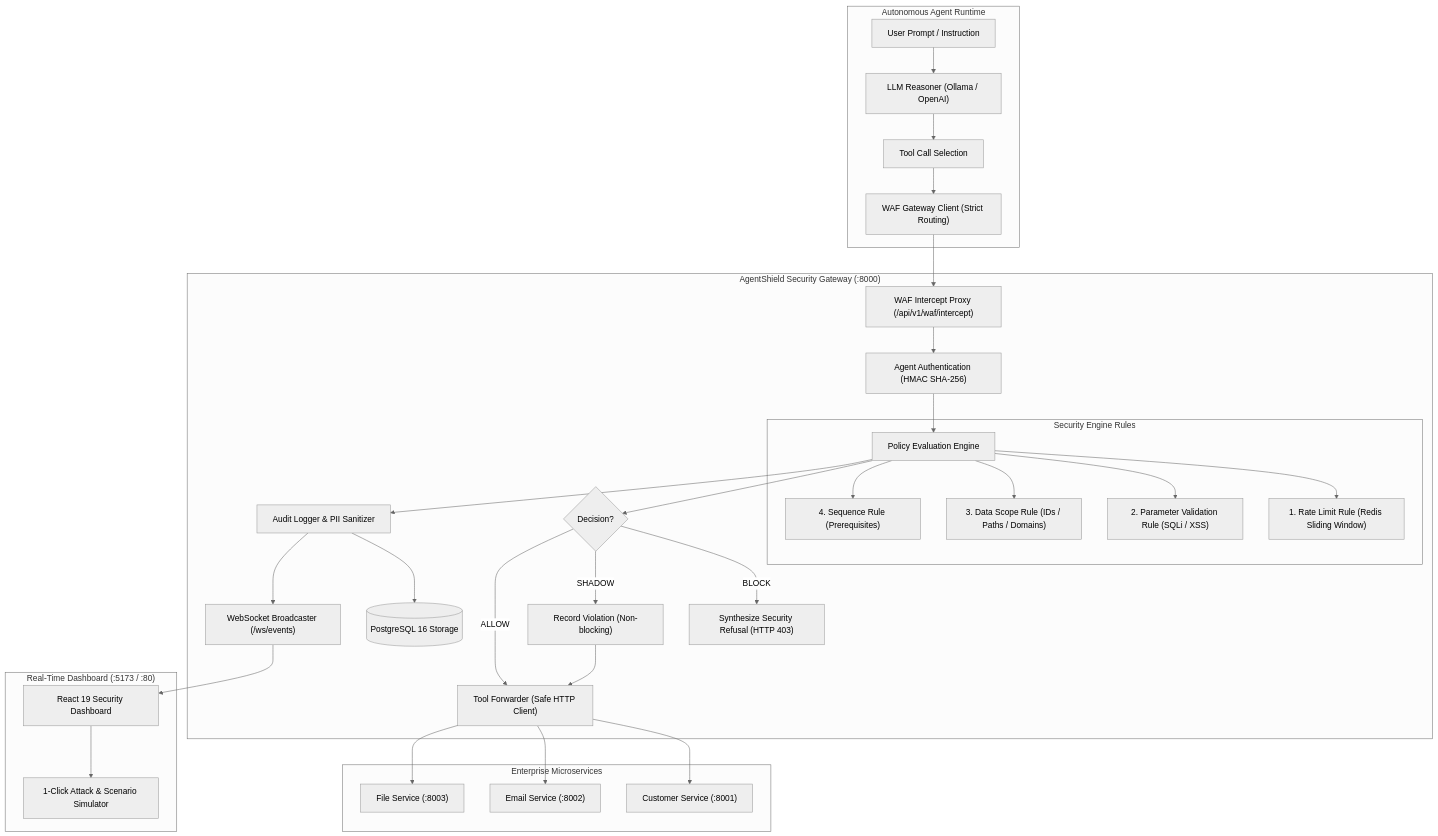
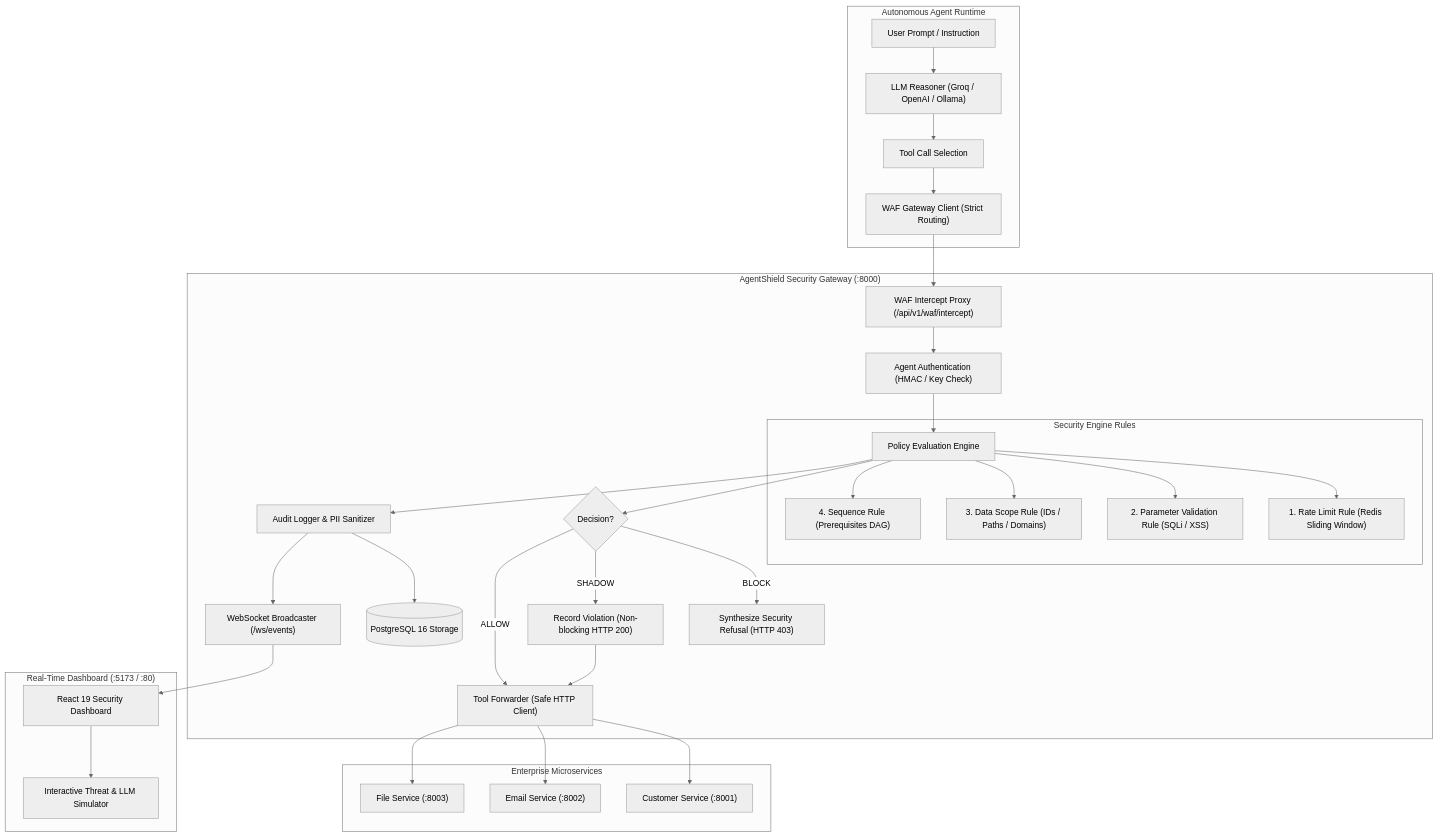
Before and after one commit to RHarishKarthic/AgentShield: the diagram in README.md, drawn with Mermaid (neutral theme). The commit also changed other lines of this file, not shown here.

````diff
--- a/README.md
+++ b/README.md
@@ -48,42 +119,42 @@
 ```mermaid
 flowchart TD
     subgraph AgentRuntime["Autonomous Agent Runtime"]
-        UserPrompt["User Prompt / Instruction"] --> LLM["LLM Reasoner (Ollama / OpenAI)"]
+        UserPrompt["User Prompt / Instruction"] --> LLM["LLM Reasoner (Groq / OpenAI / Ollama)"]
         LLM --> ToolCallDecision["Tool Call Selection"]
         ToolCallDecision --> WAFClient["WAF Gateway Client (Strict Routing)"]
     end
 
     subgraph AgentShield["AgentShield Security Gateway (:8000)"]
         WAFClient --> ReverseProxy["WAF Intercept Proxy (/api/v1/waf/intercept)"]
-        ReverseProxy --> AuthCheck["Agent Authentication (HMAC SHA-256)"]
+        ReverseProxy --> AuthCheck["Agent Authentication (HMAC / Key Check)"]
         AuthCheck --> PolicyEngine["Policy Evaluation Engine"]
 
         subgraph Rules["Security Engine Rules"]
             PolicyEngine --> RL["1. Rate Limit Rule (Redis Sliding Window)"]
             PolicyEngine --> PV["2. Parameter Validation Rule (SQLi / XSS)"]
             PolicyEngine --> DS["3. Data Scope Rule (IDs / Paths / Domains)"]
-            PolicyEngine --> SEQ["4. Sequence Rule (Prerequisites)"]
+            PolicyEngine --> SEQ["4. Sequence Rule (Prerequisites DAG)"]
         end
 
         PolicyEngine --> Disposition{"Decision?"}
         Disposition -- "BLOCK" --> Refusal["Synthesize Security Refusal (HTTP 403)"]
-        Disposition -- "SHADOW" --> ShadowLog["Record Violation (Non-blocking)"]
+        Disposition -- "SHADOW" --> ShadowLog["Record Violation (Non-blocking HTTP 200)"]
         Disposition -- "ALLOW" --> Forwarder["Tool Forwarder (Safe HTTP Client)"]
         ShadowLog --> Forwarder
 
         PolicyEngine --> Audit["Audit Logger & PII Sanitizer"]
         Audit --> Postgres[(PostgreSQL 16 Storage)]
         Audit --> WS["WebSocket Broadcaster (/ws/events)"]
     end
 
     subgraph DownstreamServices["Enterprise Microservices"]
         Forwarder --> CustDB["Customer Service (:8001)"]
         Forwarder --> EmailSvc["Email Service (:8002)"]
         Forwarder --> FileSvc["File Service (:8003)"]
     end
 
     subgraph Observability["Real-Time Dashboard (:5173 / :80)"]
         WS --> Dashboard["React 19 Security Dashboard"]
-        Dashboard --> SimPanel["1-Click Attack & Scenario Simulator"]
+        Dashboard --> SimPanel["Interactive Threat & LLM Simulator"]
     end
 ```
````
